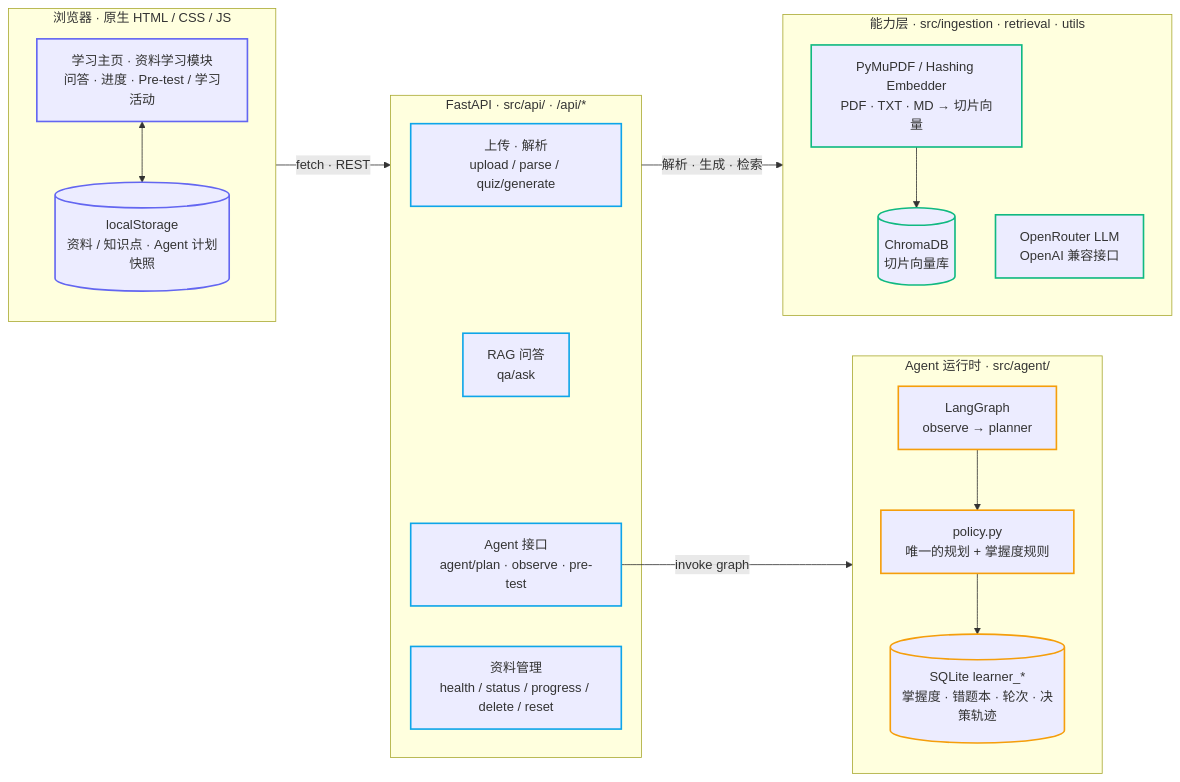
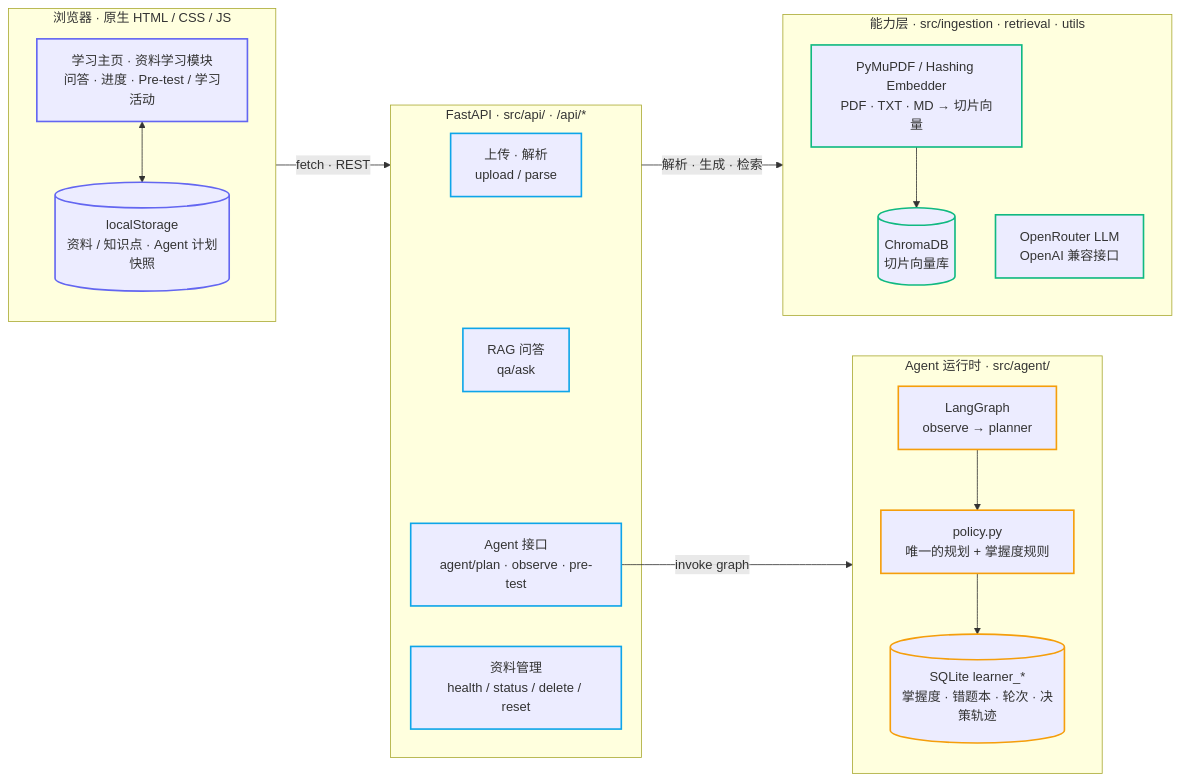
Before and after one commit to ZENGHongzhiJimmy/Adaptive-Study-Assistant-Agent_AI-Concepts-Project: the diagram in README.md, drawn with Mermaid. The commit also changed other lines of this file and 8 other files, not shown here.

````diff
--- a/README.md
+++ b/README.md
@@ -90,42 +90,42 @@
 ```mermaid
 flowchart LR
     subgraph FE["浏览器 · 原生 HTML / CSS / JS"]
         PAGES["学习主页 · 资料学习模块<br/>问答 · 进度 · Pre-test / 学习活动"]
         STATE[("localStorage<br/>资料 / 知识点 · Agent 计划快照")]
         PAGES <--> STATE
     end
 
     subgraph AGENT["Agent 运行时 · src/agent/"]
         GRAPH["LangGraph<br/>observe → planner"]
         POLICY["policy.py<br/>唯一的规划 + 掌握度规则"]
         LEARN[("SQLite learner_*<br/>掌握度 · 错题本 · 轮次 · 决策轨迹")]
         GRAPH --> POLICY --> LEARN
     end
 
     subgraph API["FastAPI · src/api/ · /api/*"]
-        UP["上传 · 解析<br/>upload / parse / quiz/generate"]
+        UP["上传 · 解析<br/>upload / parse"]
         QA["RAG 问答<br/>qa/ask"]
         AG["Agent 接口<br/>agent/plan · observe · pre-test"]
-        MG["资料管理<br/>health / status / progress / delete / reset"]
+        MG["资料管理<br/>health / status / delete / reset"]
     end
 
     subgraph CAP["能力层 · src/ingestion · retrieval · utils"]
         DOC["PyMuPDF / Hashing Embedder<br/>PDF · TXT · MD → 切片向量"]
         VEC[("ChromaDB<br/>切片向量库")]
         LLM["OpenRouter LLM<br/>OpenAI 兼容接口"]
         DOC --> VEC
     end
 
     FE -->|"fetch · REST"| API
     API -->|"解析 · 生成 · 检索"| CAP
     AG -->|"invoke graph"| AGENT
 
     classDef fe stroke:#6366f1,stroke-width:2px
     classDef api stroke:#0ea5e9,stroke-width:2px
     classDef cap stroke:#10b981,stroke-width:2px
     classDef ag stroke:#f59e0b,stroke-width:2px
     class PAGES,STATE fe
     class UP,QA,AG,MG api
     class DOC,VEC,LLM cap
     class GRAPH,POLICY,LEARN ag
 ```
````
